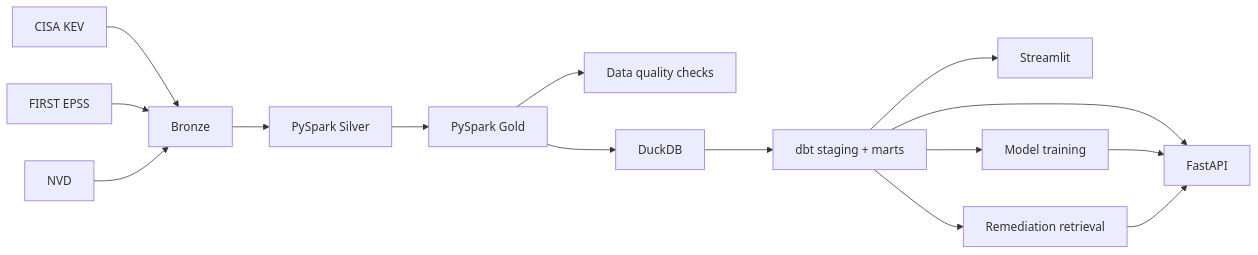
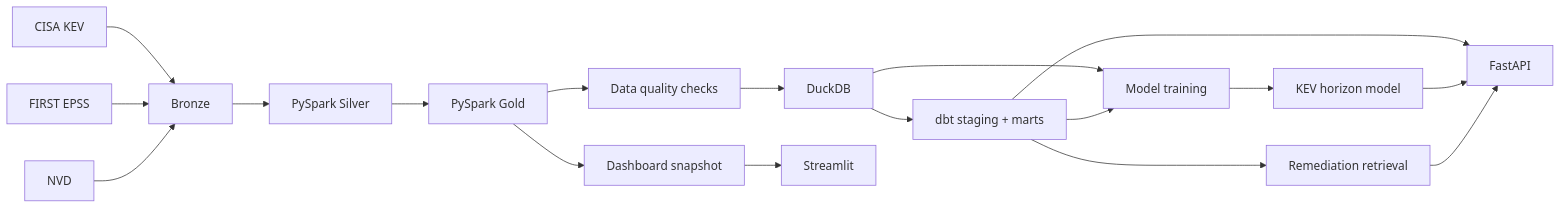
Before and after one commit to momo840505/cyber-risk-intelligence-lakehouse: the diagram in README.md, drawn with Mermaid. The commit also changed 1 other file, not shown here.

Commit message:
Align dashboard and architecture with current pipeline

````diff
--- a/README.md
+++ b/README.md
@@ -14,17 +14,27 @@
 ```mermaid
 flowchart LR
     A[CISA KEV] --> D[Bronze]
     B[FIRST EPSS] --> D
     C[NVD] --> D
+
     D --> E[PySpark Silver]
     E --> F[PySpark Gold]
+
     F --> G[Data quality checks]
-    F --> H[DuckDB]
+    G --> H[DuckDB]
+
     H --> I[dbt staging + marts]
-    I --> J[FastAPI]
-    I --> K[Streamlit]
-    I --> L[Model training]
-    I --> M[Remediation retrieval]
-    L --> J
-    M --> J
+
+    H --> J[Model training]
+    I --> J
+    J --> K[KEV horizon model]
+
+    I --> L[Remediation retrieval]
+
+    I --> M[FastAPI]
+    K --> M
+    L --> M
+
+    F --> N[Dashboard snapshot]
+    N --> O[Streamlit]
 ```
````
